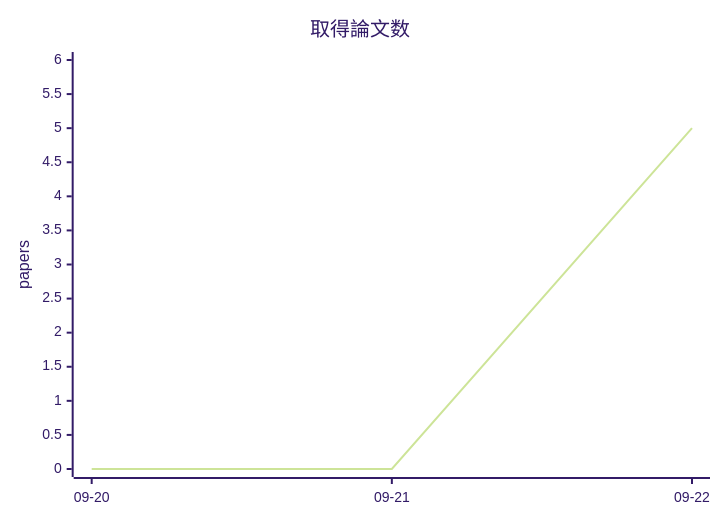
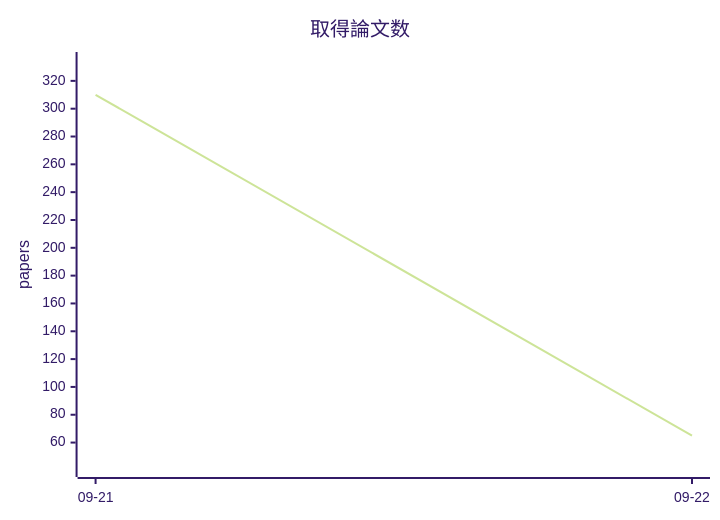
The third of 3 diagrams in docs/metrics-trend.md (uzak0209/AI-Research), drawn with Mermaid (forest theme) before and after one commit. The commit also changed other lines of this file and 3 other files, not shown here.

````diff
--- a/docs/metrics-trend.md
+++ b/docs/metrics-trend.md
@@ -52,7 +67,7 @@
 ```mermaid
 xychart-beta
     title "取得論文数"
-    x-axis ["09-20", "09-21", "09-22"]
-    y-axis "papers" 0 --> 6
-    line [0, 0, 5]
+    x-axis ["09-21", "09-22"]
+    y-axis "papers" 41 --> 335
+    line [310, 65]
 ```
````
